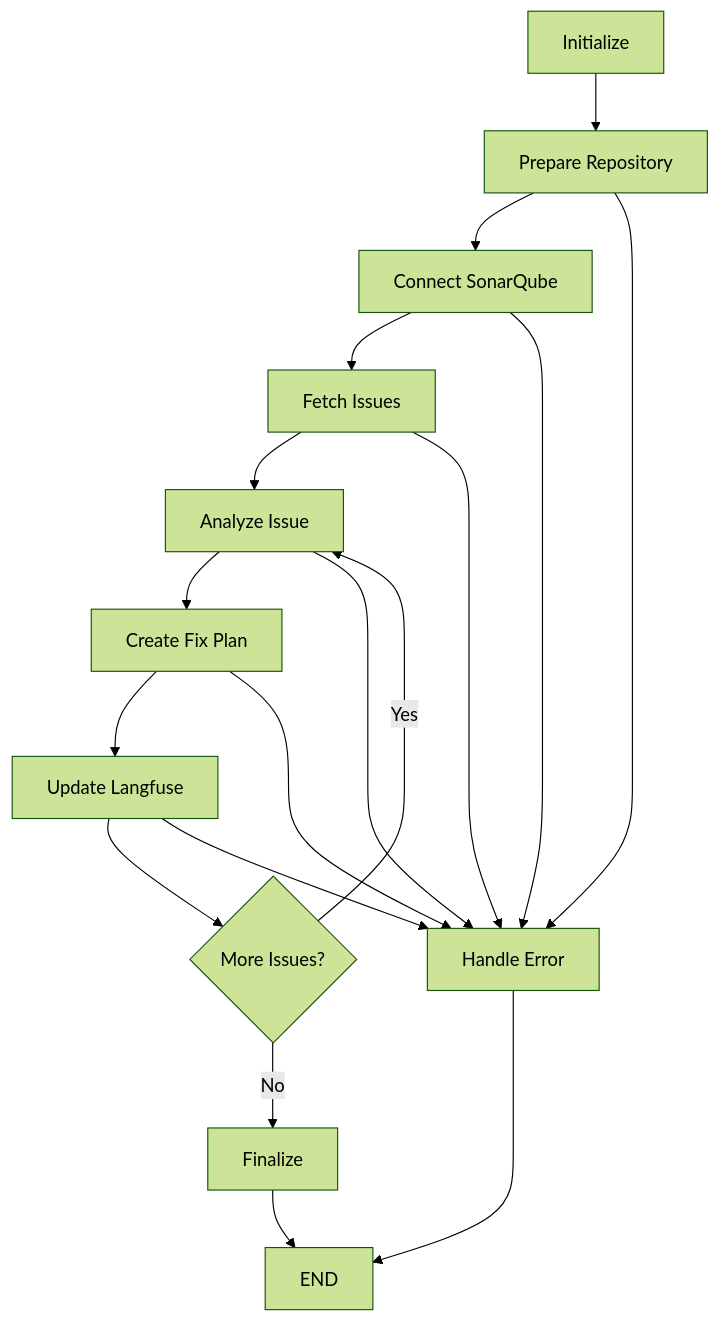
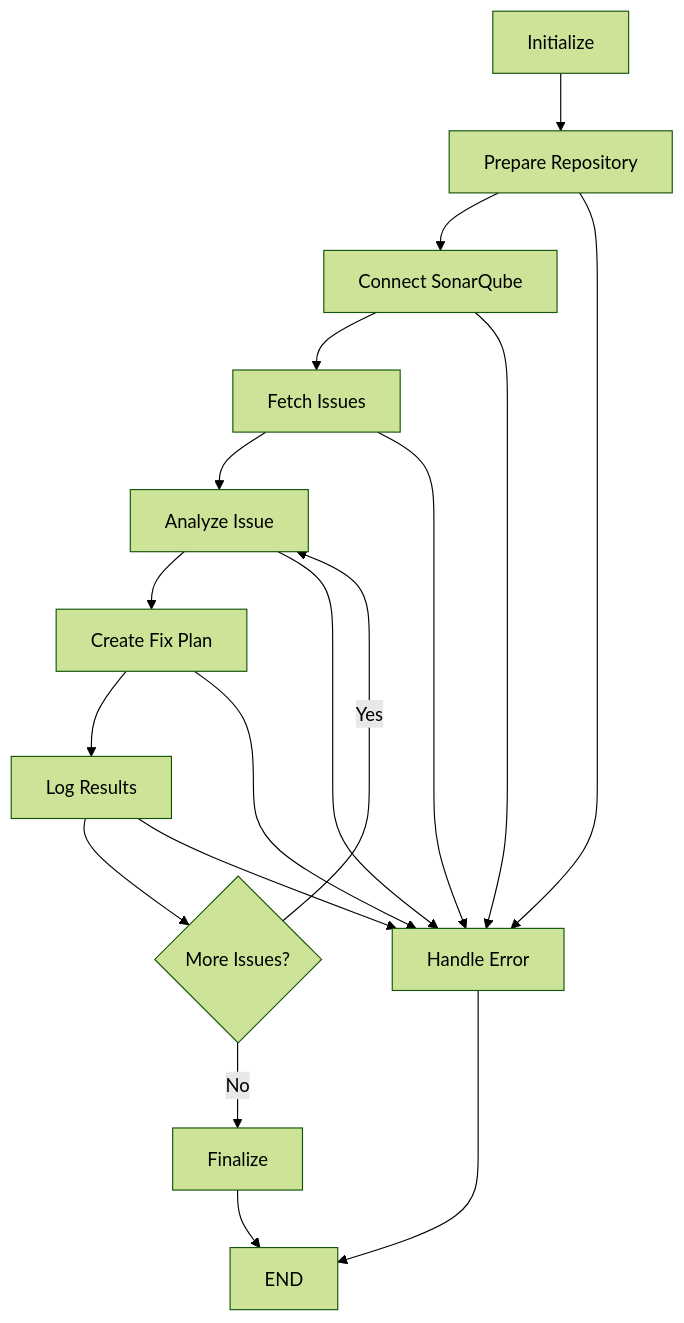
One commit to naveenvivek/ReActAgentSonarFixLangGraphV1 changed the diagram in README.md. Above: the diagram before and after it, drawn with Mermaid (forest theme). The commit also changed other lines of this file and 12 other files, not shown here.

````diff
--- a/README.md
+++ b/README.md
@@ -17,22 +17,22 @@
 ```mermaid
 graph TD
     A[Initialize] --> B[Prepare Repository]
     B --> C[Connect SonarQube]
     C --> D[Fetch Issues]
     D --> E[Analyze Issue]
     E --> F[Create Fix Plan]
-    F --> G[Update Langfuse]
+    F --> G[Log Results]
     G --> H{More Issues?}
     H -->|Yes| E
     H -->|No| I[Finalize]
     
     B --> J[Handle Error]
     C --> J
     D --> J
     E --> J
     F --> J
     G --> J
     
     I --> K[END]
     J --> K
 ```
````
